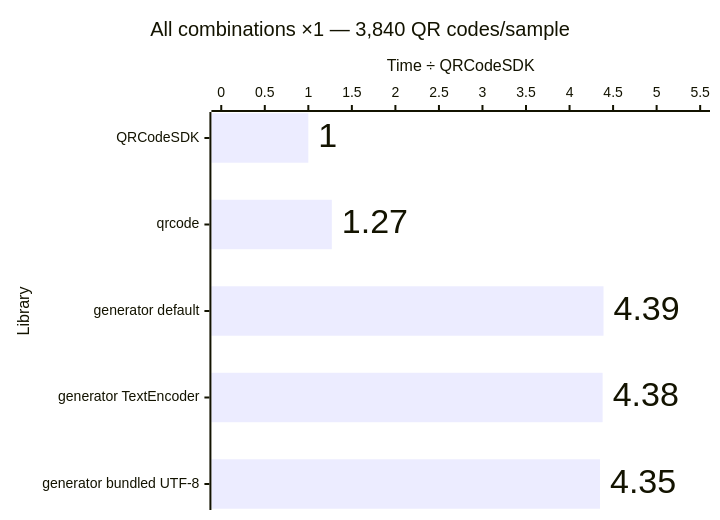
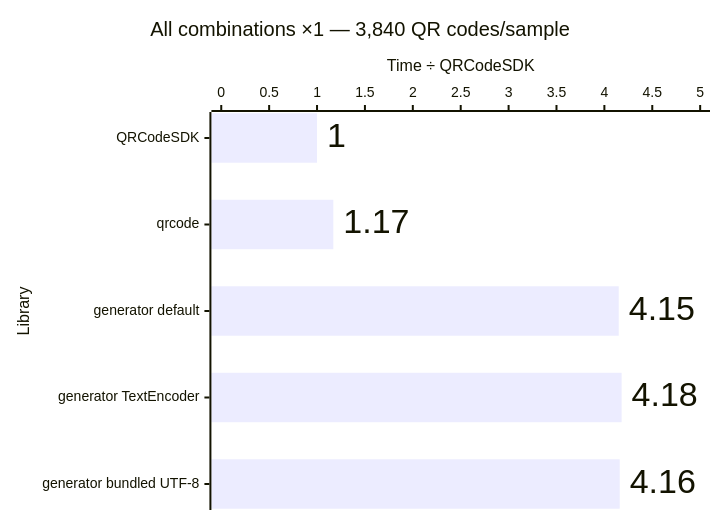
One commit to Dafnik/qrcodesdk changed the sixth of 12 diagrams in apps/docs/src/content/docs/advanced/performance.md. Above: the diagram before and after it, drawn with Mermaid. The commit also changed other lines of this file and 5 other files, not shown here.

````diff
--- a/apps/docs/src/content/docs/advanced/performance.md
+++ b/apps/docs/src/content/docs/advanced/performance.md
@@ -105,15 +105,15 @@
 ```mermaid
 ---
 config:
   xyChart:
     showDataLabel: true
     showDataLabelOutsideBar: true
 ---
 xychart horizontal
   accTitle: Matrix generation: All combinations ×1 — 3,840 QR codes/sample
-  accDescr: Relative median time compared with QRCodeSDK. QRCodeSDK 1.00 times, qrcode 1.27 times, generator default 4.39 times, generator TextEncoder 4.38 times, generator bundled UTF-8 4.35 times. Lower is better.
+  accDescr: Relative median time compared with QRCodeSDK. QRCodeSDK 1.00 times, qrcode 1.17 times, generator default 4.15 times, generator TextEncoder 4.18 times, generator bundled UTF-8 4.16 times. Lower is better.
   title "All combinations ×1 — 3,840 QR codes/sample"
   x-axis "Library" ["QRCodeSDK", "qrcode", "generator default", "generator TextEncoder", "generator bundled UTF-8"]
-  y-axis "Time ÷ QRCodeSDK" 0 --> 5.5
-  bar [1.00, 1.27, 4.39, 4.38, 4.35]
+  y-axis "Time ÷ QRCodeSDK" 0 --> 5.0
+  bar [1.00, 1.17, 4.15, 4.18, 4.16]
 ```
````
